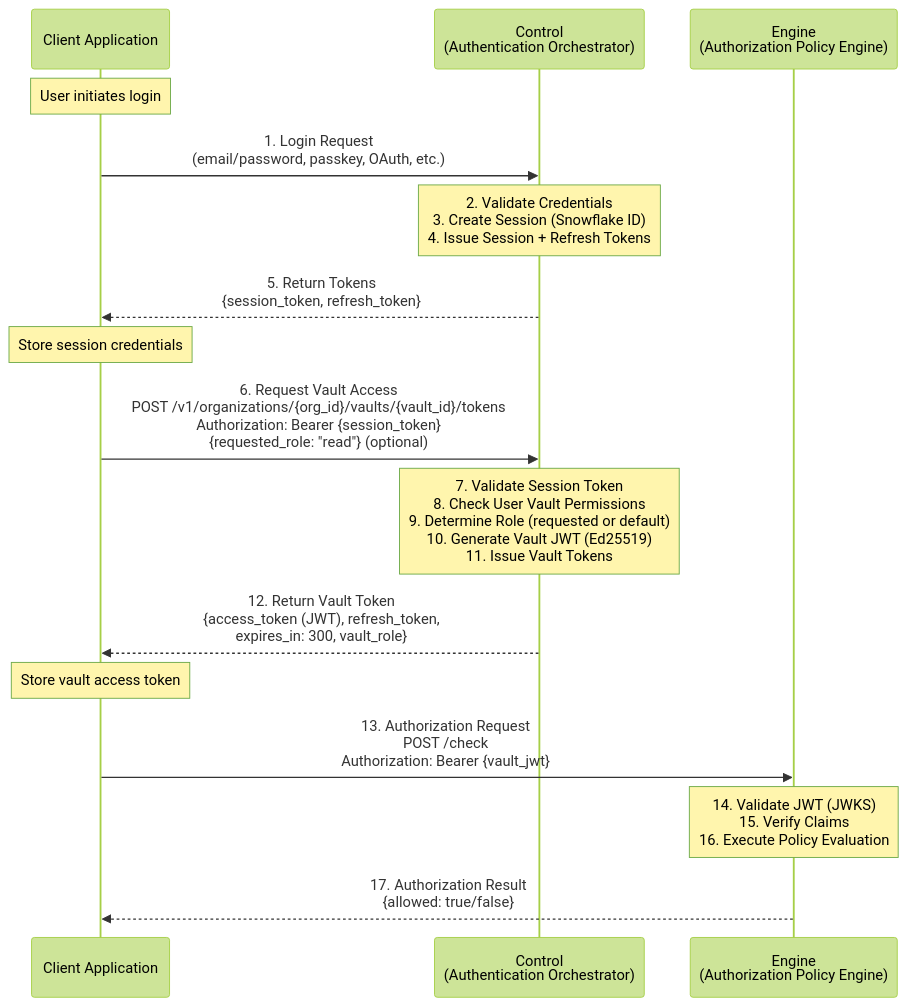
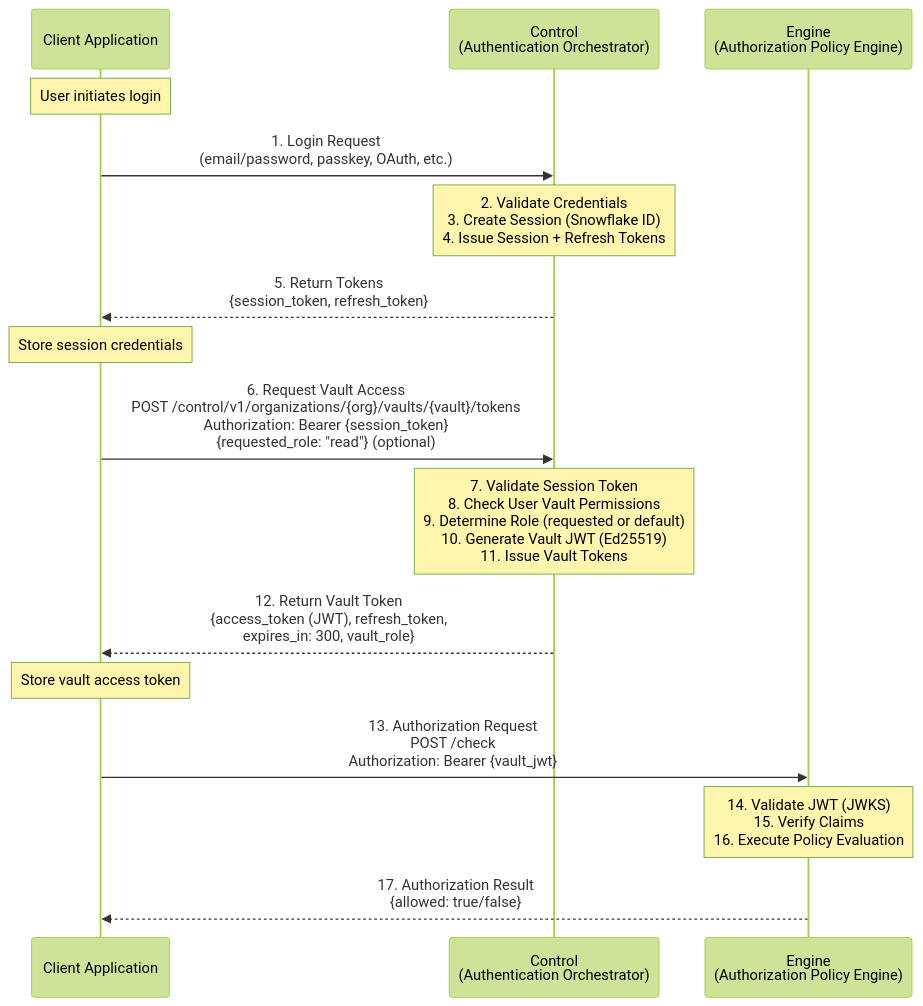
One commit to inferadb/control changed the first of 8 diagrams in docs/authentication.md. Above: the diagram before and after it, drawn with Mermaid (forest theme). The commit also changed other lines of this file and 49 other files, not shown here.

````diff
--- a/docs/authentication.md
+++ b/docs/authentication.md
@@ -92,29 +92,29 @@
 ```mermaid
 sequenceDiagram
     participant Client as Client Application
     participant MgmtAPI as Control<br/>(Authentication Orchestrator)
     participant ServerAPI as Engine<br/>(Authorization Policy Engine)
 
     Note over Client: User initiates login
     Client->>MgmtAPI: 1. Login Request<br/>(email/password, passkey, OAuth, etc.)
 
     Note over MgmtAPI: 2. Validate Credentials<br/>3. Create Session (Snowflake ID)<br/>4. Issue Session + Refresh Tokens
 
     MgmtAPI-->>Client: 5. Return Tokens<br/>{session_token, refresh_token}
 
     Note over Client: Store session credentials
 
-    Client->>MgmtAPI: 6. Request Vault Access<br/>POST /v1/organizations/{org_id}/vaults/{vault_id}/tokens<br/>Authorization: Bearer {session_token}<br/>{requested_role: "read"} (optional)
+    Client->>MgmtAPI: 6. Request Vault Access<br/>POST /control/v1/organizations/{org}/vaults/{vault}/tokens<br/>Authorization: Bearer {session_token}<br/>{requested_role: "read"} (optional)
 
     Note over MgmtAPI: 7. Validate Session Token<br/>8. Check User Vault Permissions<br/>9. Determine Role (requested or default)<br/>10. Generate Vault JWT (Ed25519)<br/>11. Issue Vault Tokens
 
     MgmtAPI-->>Client: 12. Return Vault Token<br/>{access_token (JWT), refresh_token,<br/>expires_in: 300, vault_role}
 
     Note over Client: Store vault access token
 
     Client->>ServerAPI: 13. Authorization Request<br/>POST /check<br/>Authorization: Bearer {vault_jwt}
 
     Note over ServerAPI: 14. Validate JWT (JWKS)<br/>15. Verify Claims<br/>16. Execute Policy Evaluation
 
     ServerAPI-->>Client: 17. Authorization Result<br/>{allowed: true/false}
 ```
````
